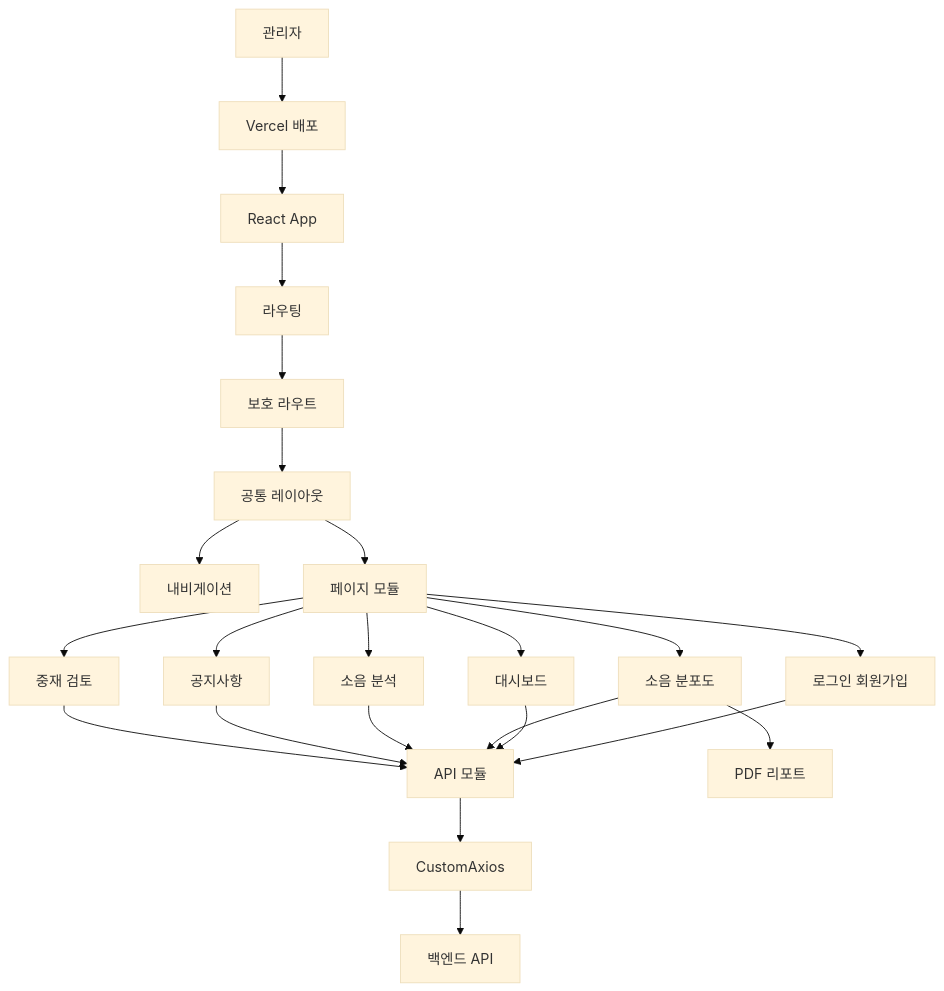
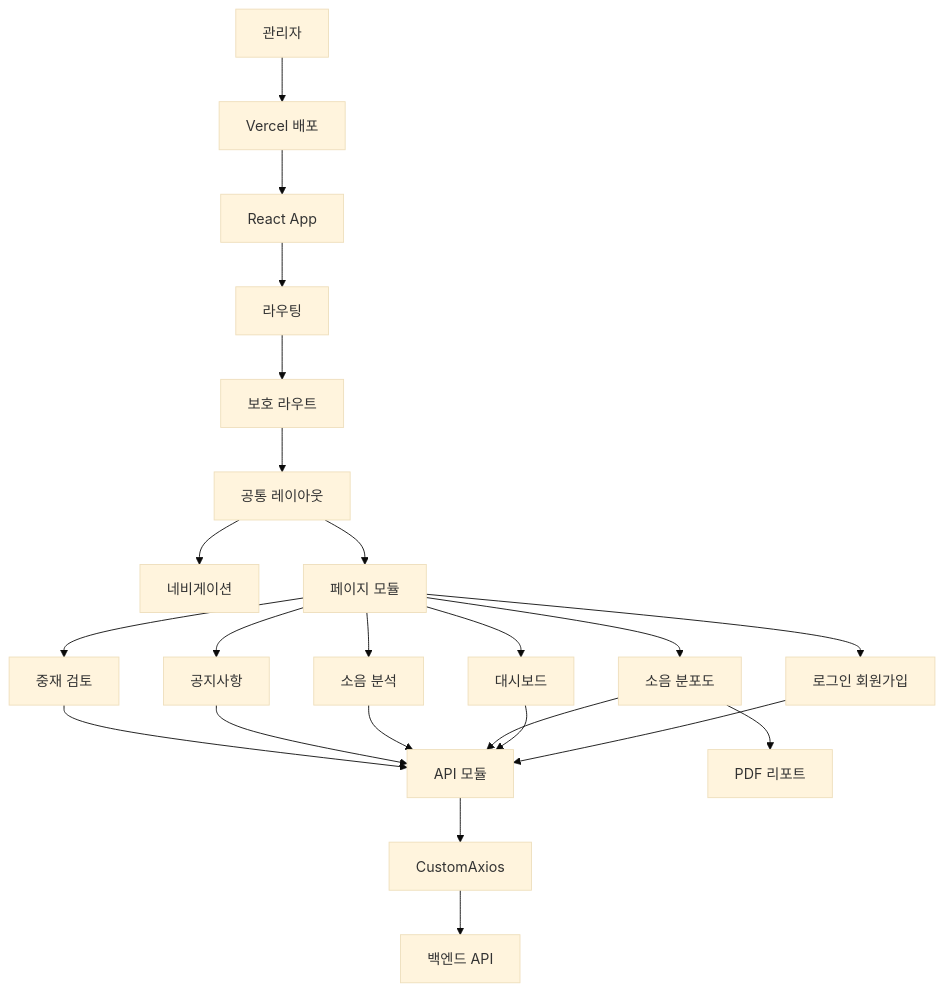
One commit to koonglog/front_web changed the diagram in README.md. Above: the diagram before and after it, drawn with Mermaid (base theme). The commit also changed other lines of this file, not shown here.

````diff
--- a/README.md
+++ b/README.md
@@ -191,29 +191,29 @@
 ```mermaid
 flowchart TD
     User[관리자] --> Vercel[Vercel 배포]
     Vercel --> ReactApp[React App]
 
     ReactApp --> Router[라우팅]
     Router --> Protected[보호 라우트]
     Protected --> Layout[공통 레이아웃]
-    Layout --> Nav[내비게이션]
+    Layout --> Nav[네비게이션]
     Layout --> Pages[페이지 모듈]
 
     Pages --> AuthPage[로그인 회원가입]
     Pages --> DashboardPage[대시보드]
     Pages --> DistributionPage[소음 분포도]
     Pages --> AnalysisPage[소음 분석]
     Pages --> NoticePage[공지사항]
     Pages --> ReviewPage[중재 검토]
 
     AuthPage --> ApiLayer[API 모듈]
     DashboardPage --> ApiLayer
     DistributionPage --> ApiLayer
     AnalysisPage --> ApiLayer
     NoticePage --> ApiLayer
     ReviewPage --> ApiLayer
 
     DistributionPage --> Pdf[PDF 리포트]
     ApiLayer --> Axios[CustomAxios]
     Axios --> Backend[백엔드 API]
 ```
````
